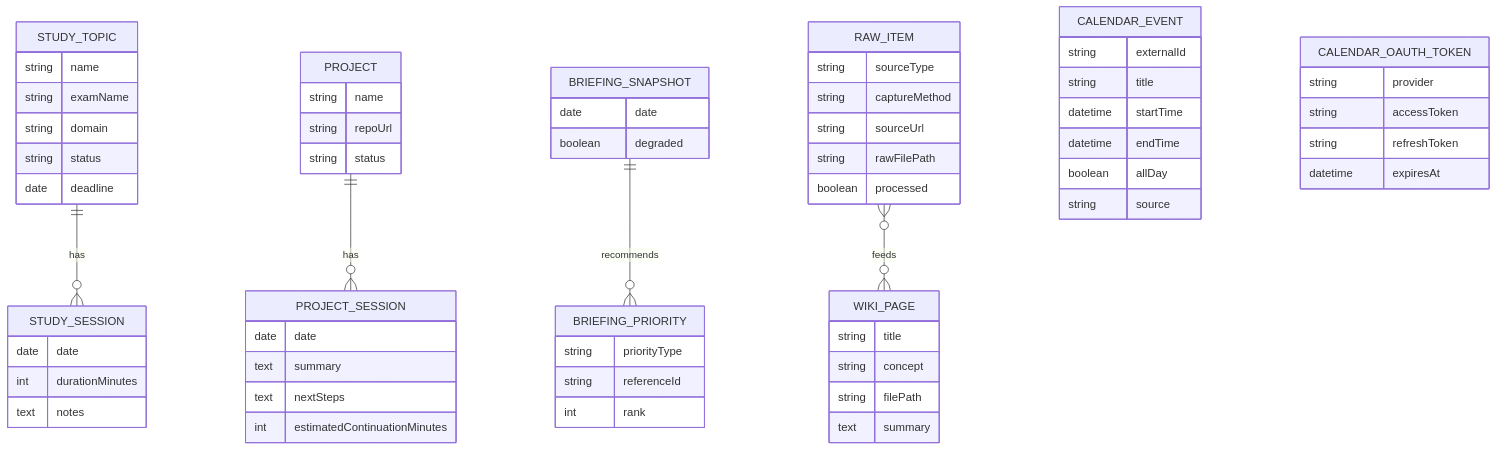
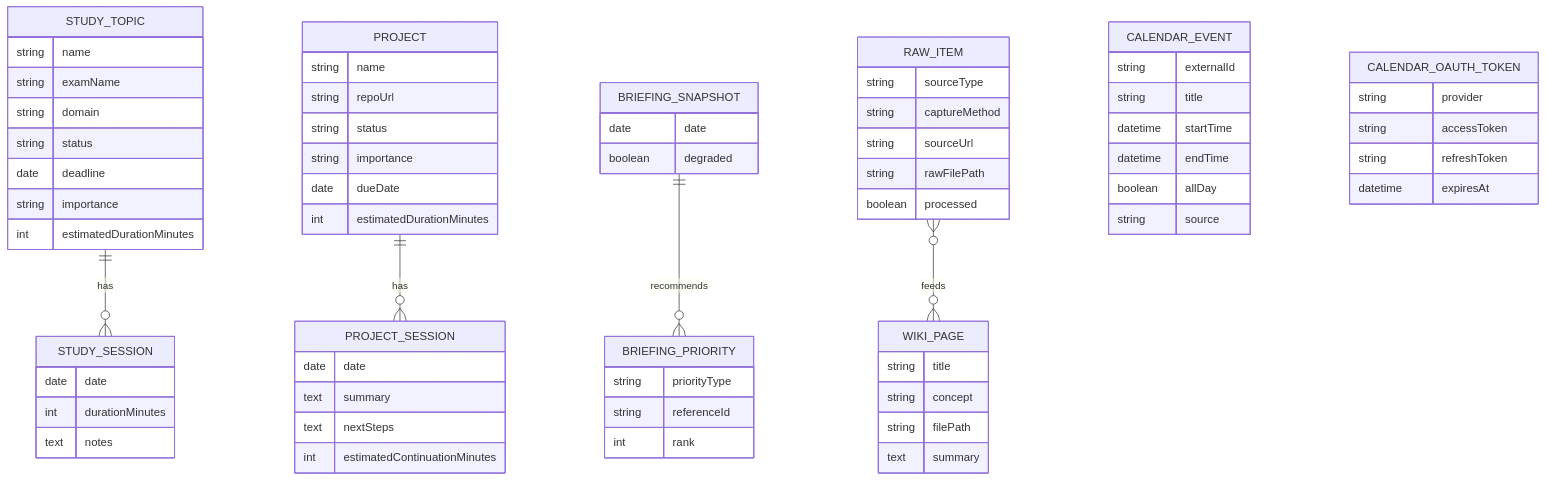
The diagram in docs/data-model.md (CodePrata/my-pensieve), drawn with Mermaid before and after one commit. The commit also changed other lines of this file and 10 other files, not shown here.

````diff
--- a/docs/data-model.md
+++ b/docs/data-model.md
@@ -76,67 +83,72 @@
 ```mermaid
 erDiagram
     STUDY_TOPIC ||--o{ STUDY_SESSION : "has"
     PROJECT ||--o{ PROJECT_SESSION : "has"
     BRIEFING_SNAPSHOT ||--o{ BRIEFING_PRIORITY : "recommends"
     RAW_ITEM }o--o{ WIKI_PAGE : "feeds"
 
     CALENDAR_EVENT {
         string externalId
         string title
         datetime startTime
         datetime endTime
         boolean allDay
         string source
     }
     STUDY_TOPIC {
         string name
         string examName
         string domain
         string status
         date deadline
+        string importance
+        int estimatedDurationMinutes
     }
     STUDY_SESSION {
         date date
         int durationMinutes
         text notes
     }
     PROJECT {
         string name
         string repoUrl
         string status
+        string importance
+        date dueDate
+        int estimatedDurationMinutes
     }
     PROJECT_SESSION {
         date date
         text summary
         text nextSteps
         int estimatedContinuationMinutes
     }
     RAW_ITEM {
         string sourceType
         string captureMethod
         string sourceUrl
         string rawFilePath
         boolean processed
     }
     WIKI_PAGE {
         string title
         string concept
         string filePath
         text summary
     }
     BRIEFING_SNAPSHOT {
         date date
         boolean degraded
     }
     BRIEFING_PRIORITY {
         string priorityType
         string referenceId
         int rank
     }
     CALENDAR_OAUTH_TOKEN {
         string provider
         string accessToken
         string refreshToken
         datetime expiresAt
     }
 ```
````
